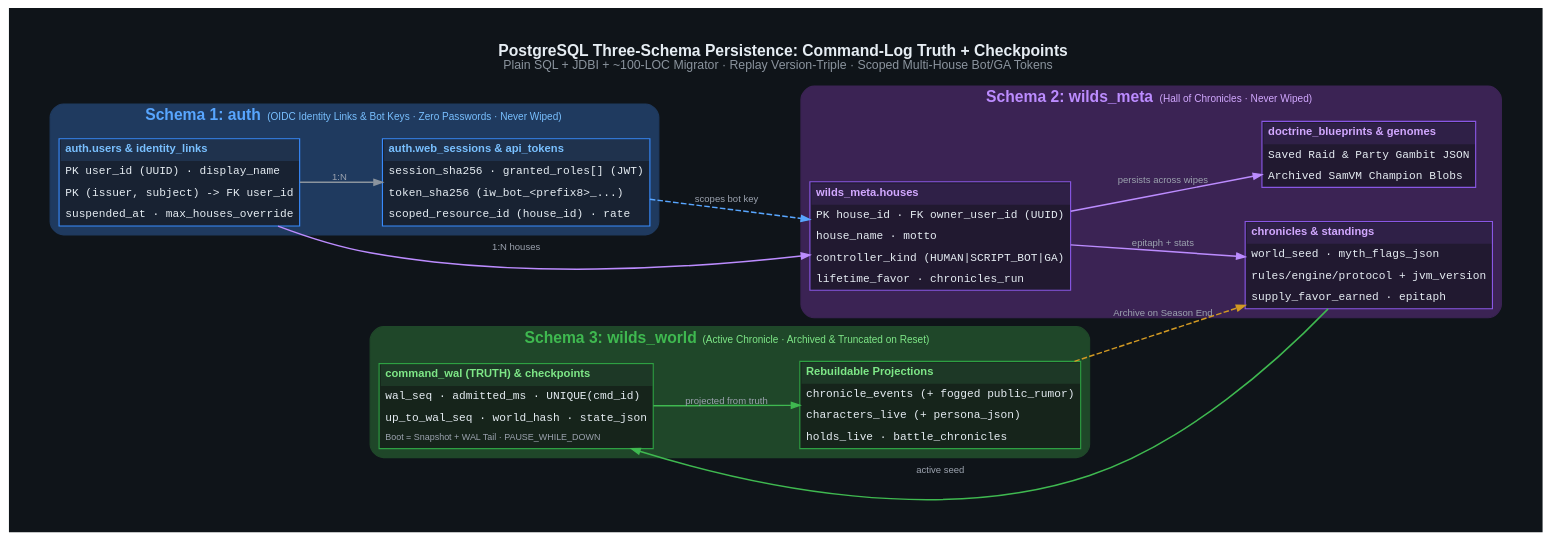
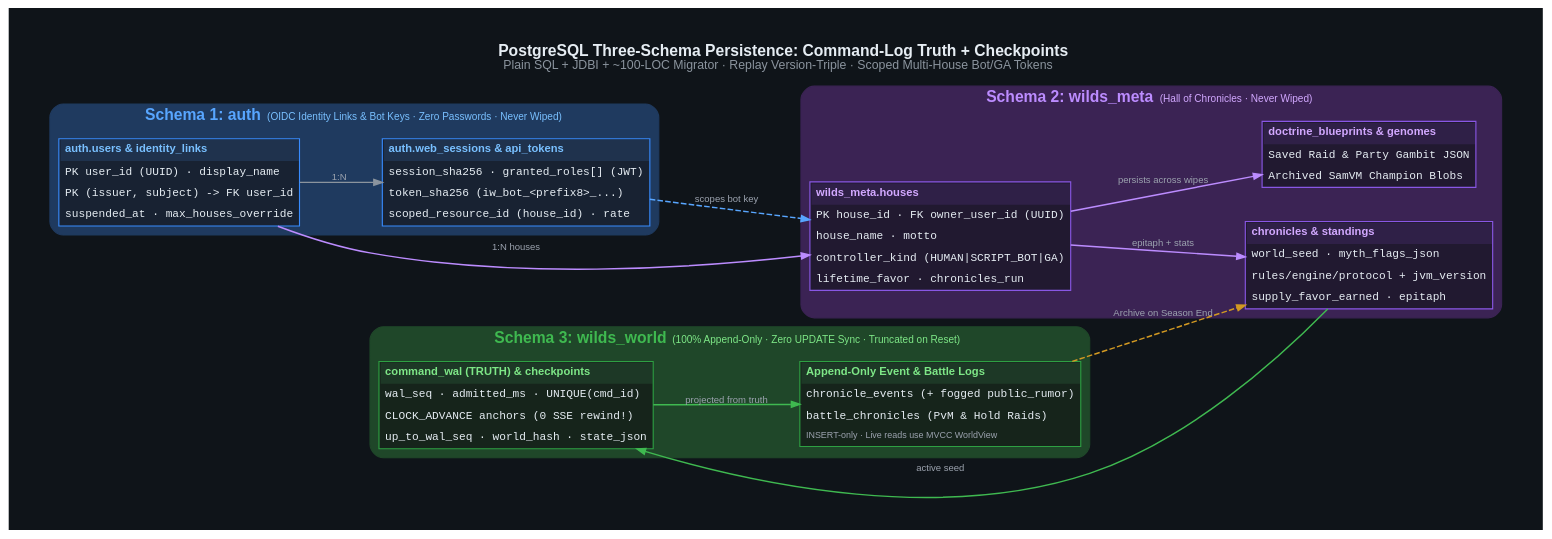
Before and after one commit to Lord-Windy/KotharWorks: the diagram in planning/ironwood_wilds_planning/diagrams/06-postgres-three-schemas.dot, drawn with Graphviz. The commit also changed 17 other files, not shown here.

```diff
--- a/planning/ironwood_wilds_planning/diagrams/06-postgres-three-schemas.dot
+++ b/planning/ironwood_wilds_planning/diagrams/06-postgres-three-schemas.dot
@@ -1,127 +1,127 @@
 digraph PostgresSchemas {
     graph [
         rankdir=LR,
         bgcolor="#0f1419",
         fontname="Liberation Sans",
         fontsize=14,
         fontcolor="#e6edf3",
         label=<<b>PostgreSQL Three-Schema Persistence: Command-Log Truth + Checkpoints</b><br/><font point-size="11" color="#8b949e">Plain SQL + JDBI + ~100-LOC Migrator · Replay Version-Triple · Scoped Multi-House Bot/GA Tokens</font>>,
         labelloc=t,
         pad="0.40",
         nodesep="0.42",
         ranksep="0.80"
     ];
 
     node [
         shape=plain,
         fontname="Liberation Sans",
         fontsize=10,
         fontcolor="#e6edf3"
     ];
 
     edge [
         fontname="Liberation Sans",
         fontsize=8.5,
         color="#8b949e",
         fontcolor="#9ca3af",
         penwidth=1.3,
         arrowsize=0.75
     ];
 
     subgraph cluster_auth {
         label=<<b>Schema 1: auth</b>  <font point-size="9" color="#79c0ff">(OIDC Identity Links &amp; Bot Keys · Zero Passwords · Never Wiped)</font>>;
         fontcolor="#58a6ff";
         color="#1f3a5f";
         bgcolor="#121924";
         style="rounded,filled";
 
         auth_accounts [label=<
             <TABLE BORDER="1" CELLBORDER="0" CELLSPACING="0" CELLPADDING="4" BGCOLOR="#182232" COLOR="#388bfd">
                 <TR><TD BGCOLOR="#1f324d" ALIGN="LEFT"><B><FONT COLOR="#79c0ff">auth.users &amp; identity_links</FONT></B></TD></TR>
                 <TR><TD ALIGN="LEFT"><FONT FACE="Liberation Mono">PK user_id (UUID) · display_name</FONT></TD></TR>
                 <TR><TD ALIGN="LEFT"><FONT FACE="Liberation Mono">PK (issuer, subject) -&gt; FK user_id</FONT></TD></TR>
                 <TR><TD ALIGN="LEFT"><FONT FACE="Liberation Mono">suspended_at · max_houses_override</FONT></TD></TR>
             </TABLE>
         >];
 
         auth_tokens [label=<
             <TABLE BORDER="1" CELLBORDER="0" CELLSPACING="0" CELLPADDING="4" BGCOLOR="#182232" COLOR="#388bfd">
                 <TR><TD BGCOLOR="#1f324d" ALIGN="LEFT"><B><FONT COLOR="#79c0ff">auth.web_sessions &amp; api_tokens</FONT></B></TD></TR>
                 <TR><TD ALIGN="LEFT"><FONT FACE="Liberation Mono">session_sha256 · granted_roles[] (JWT)</FONT></TD></TR>
                 <TR><TD ALIGN="LEFT"><FONT FACE="Liberation Mono">token_sha256 (iw_bot_&lt;prefix8&gt;_...)</FONT></TD></TR>
                 <TR><TD ALIGN="LEFT"><FONT FACE="Liberation Mono">scoped_resource_id (house_id) · rate</FONT></TD></TR>
             </TABLE>
         >];
     }
 
     subgraph cluster_meta {
         label=<<b>Schema 2: wilds_meta</b>  <font point-size="9" color="#d2a8ff">(Hall of Chronicles · Never Wiped)</font>>;
         fontcolor="#bc8cff";
         color="#3b2354";
         bgcolor="#171221";
         style="rounded,filled";
 
         meta_houses [label=<
             <TABLE BORDER="1" CELLBORDER="0" CELLSPACING="0" CELLPADDING="4" BGCOLOR="#211930" COLOR="#8957e5">
                 <TR><TD BGCOLOR="#2f2047" ALIGN="LEFT"><B><FONT COLOR="#d2a8ff">wilds_meta.houses</FONT></B></TD></TR>
                 <TR><TD ALIGN="LEFT"><FONT FACE="Liberation Mono">PK house_id · FK owner_user_id (UUID)</FONT></TD></TR>
                 <TR><TD ALIGN="LEFT"><FONT FACE="Liberation Mono">house_name · motto</FONT></TD></TR>
                 <TR><TD ALIGN="LEFT"><FONT FACE="Liberation Mono">controller_kind (HUMAN|SCRIPT_BOT|GA)</FONT></TD></TR>
                 <TR><TD ALIGN="LEFT"><FONT FACE="Liberation Mono">lifetime_favor · chronicles_run</FONT></TD></TR>
             </TABLE>
         >];
 
         meta_chronicles [label=<
             <TABLE BORDER="1" CELLBORDER="0" CELLSPACING="0" CELLPADDING="4" BGCOLOR="#211930" COLOR="#8957e5">
                 <TR><TD BGCOLOR="#2f2047" ALIGN="LEFT"><B><FONT COLOR="#d2a8ff">chronicles &amp; standings</FONT></B></TD></TR>
                 <TR><TD ALIGN="LEFT"><FONT FACE="Liberation Mono">world_seed · myth_flags_json</FONT></TD></TR>
                 <TR><TD ALIGN="LEFT"><FONT FACE="Liberation Mono">rules/engine/protocol + jvm_version</FONT></TD></TR>
                 <TR><TD ALIGN="LEFT"><FONT FACE="Liberation Mono">supply_favor_earned · epitaph</FONT></TD></TR>
             </TABLE>
         >];
 
         meta_blueprints [label=<
             <TABLE BORDER="1" CELLBORDER="0" CELLSPACING="0" CELLPADDING="4" BGCOLOR="#211930" COLOR="#8957e5">
                 <TR><TD BGCOLOR="#2f2047" ALIGN="LEFT"><B><FONT COLOR="#d2a8ff">doctrine_blueprints &amp; genomes</FONT></B></TD></TR>
                 <TR><TD ALIGN="LEFT"><FONT FACE="Liberation Mono">Saved Raid &amp; Party Gambit JSON</FONT></TD></TR>
                 <TR><TD ALIGN="LEFT"><FONT FACE="Liberation Mono">Archived SamVM Champion Blobs</FONT></TD></TR>
             </TABLE>
         >];
     }
 
     subgraph cluster_world {
-        label=<<b>Schema 3: wilds_world</b>  <font point-size="9" color="#7ee787">(Active Chronicle · Archived &amp; Truncated on Reset)</font>>;
+        label=<<b>Schema 3: wilds_world</b>  <font point-size="9" color="#7ee787">(100% Append-Only · Zero UPDATE Sync · Truncated on Reset)</font>>;
         fontcolor="#3fb950";
         color="#1f4729";
         bgcolor="#101a14";
         style="rounded,filled";
 
         world_wal [label=<
             <TABLE BORDER="1" CELLBORDER="0" CELLSPACING="0" CELLPADDING="4" BGCOLOR="#16241b" COLOR="#2ea043">
                 <TR><TD BGCOLOR="#1d3826" ALIGN="LEFT"><B><FONT COLOR="#7ee787">command_wal (TRUTH) &amp; checkpoints</FONT></B></TD></TR>
                 <TR><TD ALIGN="LEFT"><FONT FACE="Liberation Mono">wal_seq · admitted_ms · UNIQUE(cmd_id)</FONT></TD></TR>
+                <TR><TD ALIGN="LEFT"><FONT FACE="Liberation Mono">CLOCK_ADVANCE anchors (0 SSE rewind!)</FONT></TD></TR>
                 <TR><TD ALIGN="LEFT"><FONT FACE="Liberation Mono">up_to_wal_seq · world_hash · state_json</FONT></TD></TR>
-                <TR><TD ALIGN="LEFT"><FONT POINT-SIZE="8" COLOR="#9ca3af">Boot = Snapshot + WAL Tail · PAUSE_WHILE_DOWN</FONT></TD></TR>
             </TABLE>
         >];
 
         world_proj [label=<
             <TABLE BORDER="1" CELLBORDER="0" CELLSPACING="0" CELLPADDING="4" BGCOLOR="#16241b" COLOR="#2ea043">
-                <TR><TD BGCOLOR="#1d3826" ALIGN="LEFT"><B><FONT COLOR="#7ee787">Rebuildable Projections</FONT></B></TD></TR>
+                <TR><TD BGCOLOR="#1d3826" ALIGN="LEFT"><B><FONT COLOR="#7ee787">Append-Only Event &amp; Battle Logs</FONT></B></TD></TR>
                 <TR><TD ALIGN="LEFT"><FONT FACE="Liberation Mono">chronicle_events (+ fogged public_rumor)</FONT></TD></TR>
-                <TR><TD ALIGN="LEFT"><FONT FACE="Liberation Mono">characters_live (+ persona_json)</FONT></TD></TR>
-                <TR><TD ALIGN="LEFT"><FONT FACE="Liberation Mono">holds_live · battle_chronicles</FONT></TD></TR>
+                <TR><TD ALIGN="LEFT"><FONT FACE="Liberation Mono">battle_chronicles (PvM &amp; Hold Raids)</FONT></TD></TR>
+                <TR><TD ALIGN="LEFT"><FONT POINT-SIZE="8" COLOR="#9ca3af">INSERT-only · Live reads use MVCC WorldView</FONT></TD></TR>
             </TABLE>
         >];
     }
 
     auth_accounts -> auth_tokens [label="1:N"];
     auth_accounts -> meta_houses [label="1:N houses", color="#bc8cff"];
     auth_tokens -> meta_houses [label="scopes bot key", style=dashed, color="#58a6ff"];
     meta_houses -> meta_blueprints [label="persists across wipes", color="#bc8cff"];
     meta_houses -> meta_chronicles [label="epitaph + stats", color="#bc8cff"];
 
     meta_chronicles -> world_wal [label="active seed", color="#3fb950"];
     world_wal -> world_proj [label="projected from truth", color="#3fb950"];
     world_proj -> meta_chronicles [label="Archive on Season End", style=dashed, color="#d29922"];
 }
```
